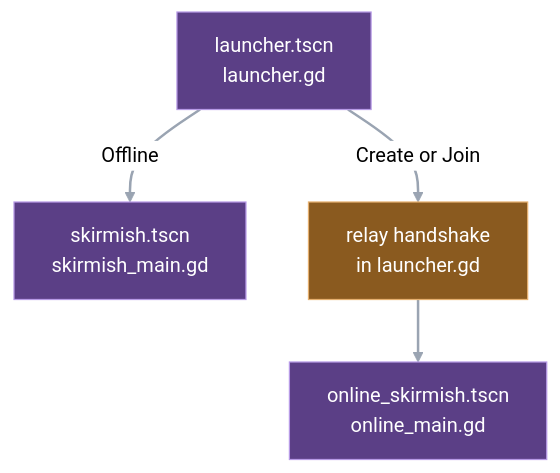
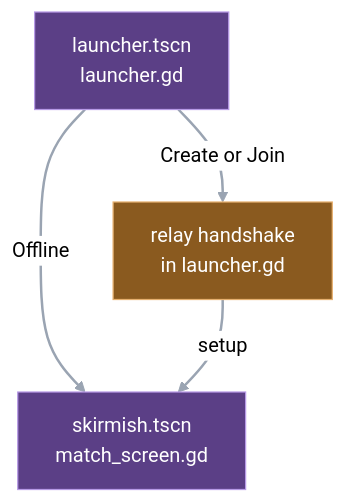
Before and after one commit to pdstuber/wargrid: the second of 3 diagrams in docs/guide/05-presentation.md, drawn with Mermaid (neutral theme). The commit also changed other lines of this file and 18 other files, not shown here.

First line of the commit message:
Describe the one match screen; record the One controller gate row

````diff
--- a/docs/guide/05-presentation.md
+++ b/docs/guide/05-presentation.md
@@ -141,11 +141,11 @@
 ```mermaid
 flowchart TD
-    launch["launcher.tscn<br/>launcher.gd"] -->|"Offline"| skirm["skirmish.tscn<br/>skirmish_main.gd"]
+    launch["launcher.tscn<br/>launcher.gd"] -->|"Offline"| skirm["skirmish.tscn<br/>match_screen.gd"]
     launch -->|"Create or Join"| relay["relay handshake<br/>in launcher.gd"]
-    relay --> online["online_skirmish.tscn<br/>online_main.gd"]
+    relay -->|"setup"| skirm
     classDef driver fill:#5b3f86,stroke:#b79ae6,color:#ffffff
     classDef net fill:#8a5a1f,stroke:#e6b06f,color:#ffffff
-    class launch,skirm,online driver
+    class launch,skirm driver
     class relay net
     linkStyle default stroke:#9aa4b2,stroke-width:2px
 ```
````
